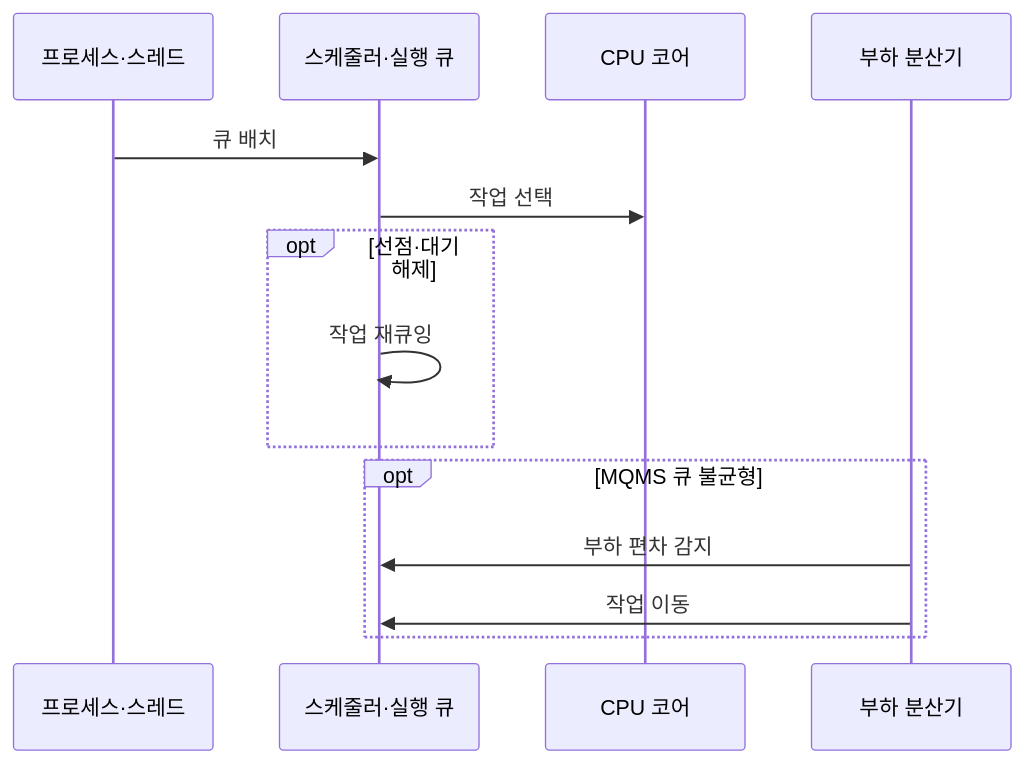
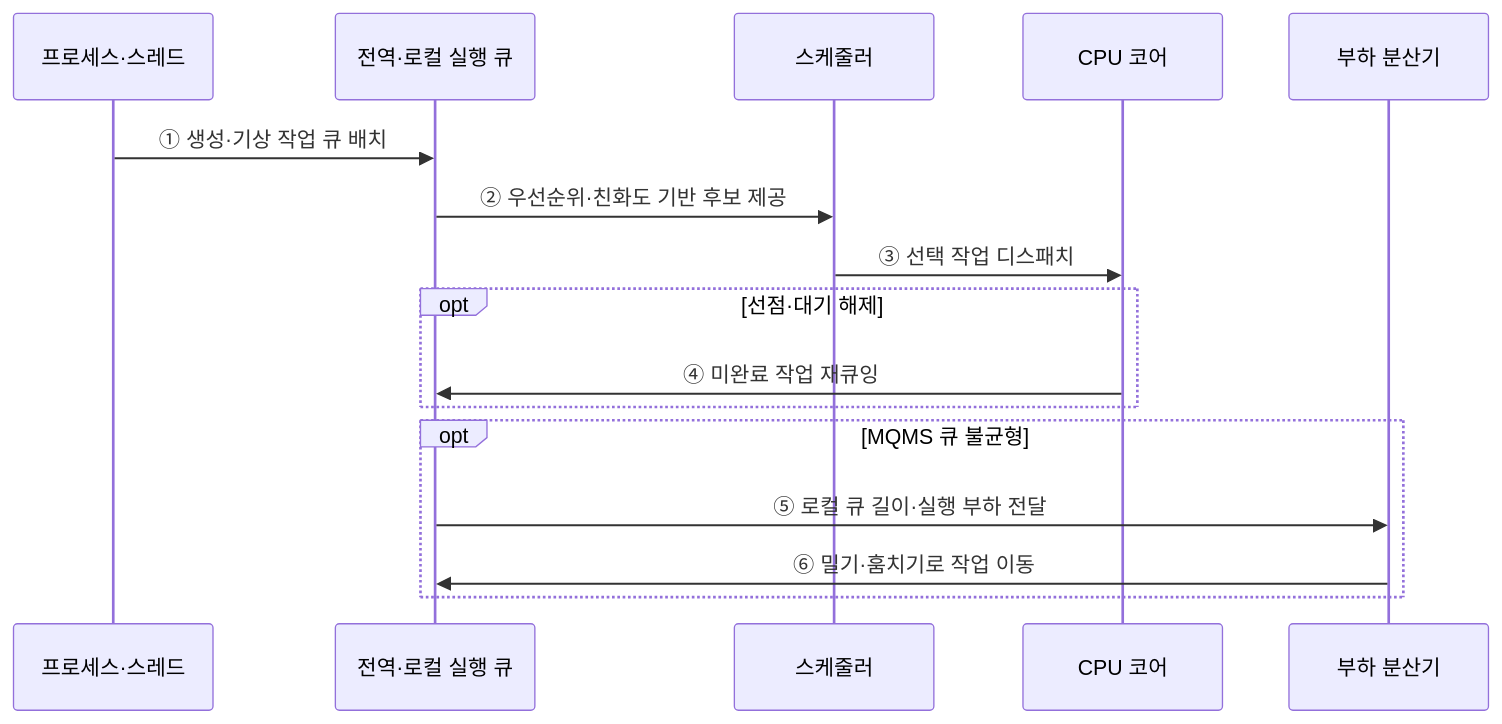
Before and after one commit to agnusdei1207/knowledge-base: the second of 2 diagrams in src/content/docs/notes/03-software/028_multiprocessor_scheduling_sqms_mqms.md, drawn with Mermaid. The commit also changed other lines of this file and 20 other files, not shown here.

````diff
--- a/src/content/docs/notes/03-software/028_multiprocessor_scheduling_sqms_mqms.md
+++ b/src/content/docs/notes/03-software/028_multiprocessor_scheduling_sqms_mqms.md
@@ -94,16 +87,18 @@
 ```mermaid
 sequenceDiagram
     participant T as 프로세스·스레드
-    participant S as 스케줄러·실행 큐
+    participant Q as 전역·로컬 실행 큐
+    participant S as 스케줄러
     participant C as CPU 코어
     participant B as 부하 분산기
-    T->>S: 큐 배치
-    S->>C: 작업 선택
+    T->>Q: ① 생성·기상 작업 큐 배치
+    Q->>S: ② 우선순위·친화도 기반 후보 제공
+    S->>C: ③ 선택 작업 디스패치
     opt 선점·대기 해제
-        S->>S: 작업 재큐잉
+        C->>Q: ④ 미완료 작업 재큐잉
     end
     opt MQMS 큐 불균형
-        B->>S: 부하 편차 감지
-        B->>S: 작업 이동
+        Q->>B: ⑤ 로컬 큐 길이·실행 부하 전달
+        B->>Q: ⑥ 밀기·훔치기로 작업 이동
     end
 ```
````
